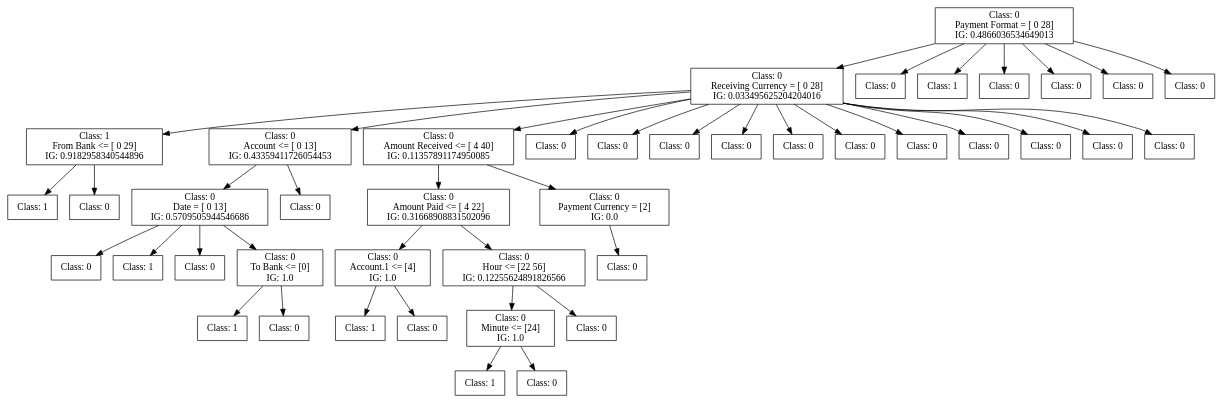
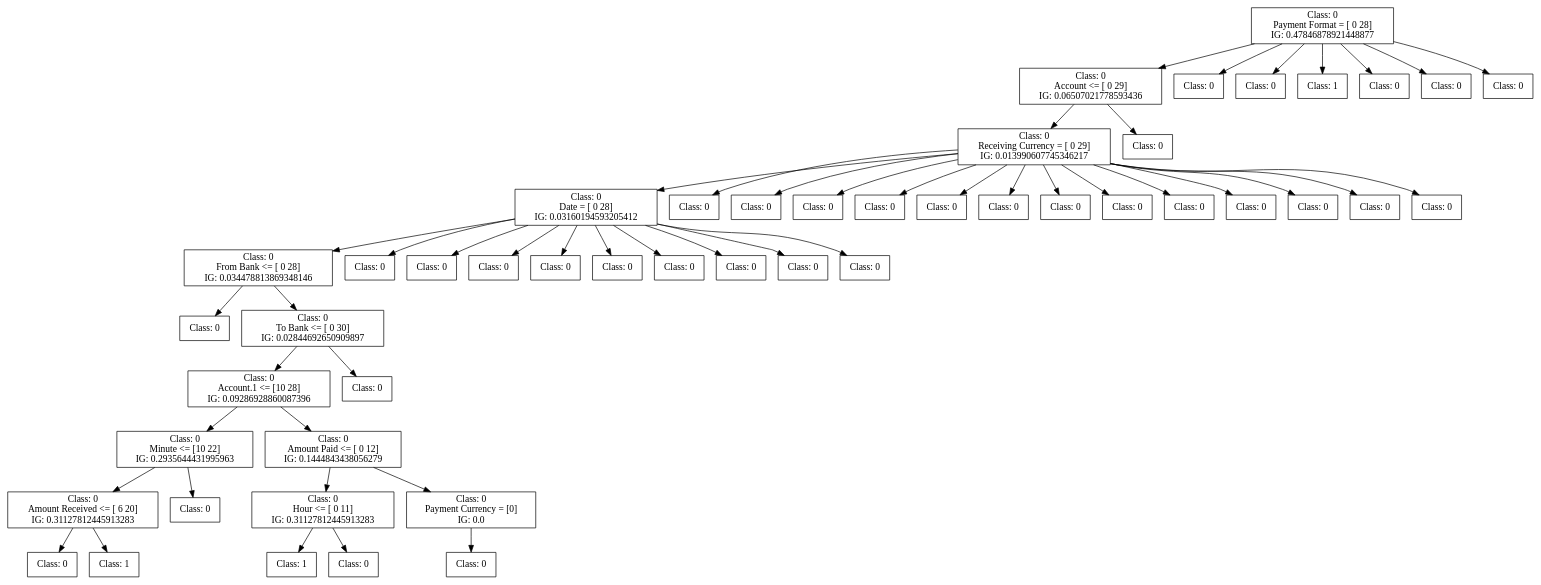
The diagram in dot_figs/tree-id3-undersampling-2.dot (FedericoBruzzone/anti-money-laundering), drawn with Graphviz before and after one commit. The commit also changed 35 other files, not shown here.

```diff
--- a/dot_figs/tree-id3-undersampling-2.dot
+++ b/dot_figs/tree-id3-undersampling-2.dot
@@ -1,144 +1,162 @@
 digraph DecisionTree {
 	rankdir=TD;
 	node [shape=box];
-	2509728683664 [label="Class: 0
+	2532193665808 [label="Class: 0
 Payment Format = [ 0 28]
-IG: 0.4866036534649013"];
-	2512083539120 [label="Class: 0
-Receiving Currency = [ 0 28]
-IG: 0.033495625204204016"];
-	2509728683664 -> 2512083539120;
-	2512083535904 [label="Class: 1
-From Bank <= [ 0 29]
-IG: 0.9182958340544896"];
-	2512083539120 -> 2512083535904;
-	2512083535760 [label="Class: 1
+IG: 0.47846878921448877"];
+	2530969518032 [label="Class: 0
+Account <= [ 0 29]
+IG: 0.06507021778593436"];
+	2532193665808 -> 2530969518032;
+	2530969513184 [label="Class: 0
+Receiving Currency = [ 0 29]
+IG: 0.013990607745346217"];
+	2530969518032 -> 2530969513184;
+	2530969511552 [label="Class: 0
+Date = [ 0 28]
+IG: 0.03160194593205412"];
+	2530969513184 -> 2530969511552;
+	2530969224480 [label="Class: 0
+From Bank <= [ 0 28]
+IG: 0.034478813869348146"];
+	2530969511552 -> 2530969224480;
+	2530969226400 [label="Class: 0
 "];
-	2512083535904 -> 2512083535760;
-	2512083543056 [label="Class: 0
+	2530969224480 -> 2530969226400;
+	2530969226832 [label="Class: 0
+To Bank <= [ 0 30]
+IG: 0.02844692650909897"];
+	2530969224480 -> 2530969226832;
+	2530969227168 [label="Class: 0
+Account.1 <= [10 28]
+IG: 0.09286928860087396"];
+	2530969226832 -> 2530969227168;
+	2530969227888 [label="Class: 0
+Minute <= [10 22]
+IG: 0.2935644431995963"];
+	2530969227168 -> 2530969227888;
+	2530969228608 [label="Class: 0
+Amount Received <= [ 6 20]
+IG: 0.31127812445913283"];
+	2530969227888 -> 2530969228608;
+	2530969229328 [label="Class: 0
 "];
-	2512083535904 -> 2512083543056;
-	2512083540032 [label="Class: 0
-Account <= [ 0 13]
-IG: 0.43359411726054453"];
-	2512083539120 -> 2512083540032;
-	2512083543632 [label="Class: 0
-Date = [ 0 13]
-IG: 0.5709505944546686"];
-	2512083540032 -> 2512083543632;
-	2512083544016 [label="Class: 0
+	2530969228608 -> 2530969229328;
+	2530969229760 [label="Class: 1
 "];
-	2512083543632 -> 2512083544016;
-	2512083545120 [label="Class: 1
+	2530969228608 -> 2530969229760;
+	2530969229040 [label="Class: 0
 "];
-	2512083543632 -> 2512083545120;
-	2512083543440 [label="Class: 0
+	2530969227888 -> 2530969229040;
+	2530969228320 [label="Class: 0
+Amount Paid <= [ 0 12]
+IG: 0.1444843438056279"];
+	2530969227168 -> 2530969228320;
+	2530969230096 [label="Class: 0
+Hour <= [ 0 11]
+IG: 0.31127812445913283"];
+	2530969228320 -> 2530969230096;
+	2530969230816 [label="Class: 1
 "];
-	2512083543632 -> 2512083543440;
-	2512083537584 [label="Class: 0
-To Bank <= [0]
-IG: 1.0"];
-	2512083543632 -> 2512083537584;
-	2512083538016 [label="Class: 1
+	2530969230096 -> 2530969230816;
+	2530969231248 [label="Class: 0
 "];
-	2512083537584 -> 2512083538016;
-	2512083546368 [label="Class: 0
+	2530969230096 -> 2530969231248;
+	2530969230528 [label="Class: 0
+Payment Currency = [0]
+IG: 0.0"];
+	2530969228320 -> 2530969230528;
+	2530969230768 [label="Class: 0
 "];
-	2512083537584 -> 2512083546368;
-	2512083543824 [label="Class: 0
+	2530969230528 -> 2530969230768;
+	2530969227600 [label="Class: 0
 "];
-	2512083540032 -> 2512083543824;
-	2512083536384 [label="Class: 0
-Amount Received <= [ 4 40]
-IG: 0.11357891174950085"];
-	2512083539120 -> 2512083536384;
-	2512083546944 [label="Class: 0
-Amount Paid <= [ 4 22]
-IG: 0.31668908831502096"];
-	2512083536384 -> 2512083546944;
-	2512083547376 [label="Class: 0
-Account.1 <= [4]
-IG: 1.0"];
-	2512083546944 -> 2512083547376;
-	2512083548096 [label="Class: 1
+	2530969226832 -> 2530969227600;
+	2530969224336 [label="Class: 0
 "];
-	2512083547376 -> 2512083548096;
-	2512083548528 [label="Class: 0
+	2530969511552 -> 2530969224336;
+	2530969223616 [label="Class: 0
 "];
-	2512083547376 -> 2512083548528;
-	2512083547808 [label="Class: 0
-Hour <= [22 56]
-IG: 0.12255624891826566"];
-	2512083546944 -> 2512083547808;
-	2512083548816 [label="Class: 0
-Minute <= [24]
-IG: 1.0"];
-	2512083547808 -> 2512083548816;
-	2512083549536 [label="Class: 1
+	2530969511552 -> 2530969223616;
+	2530969223568 [label="Class: 0
 "];
-	2512083548816 -> 2512083549536;
-	2512083549968 [label="Class: 0
+	2530969511552 -> 2530969223568;
+	2530969224000 [label="Class: 0
 "];
-	2512083548816 -> 2512083549968;
-	2512083549248 [label="Class: 0
+	2530969511552 -> 2530969224000;
+	2530969225536 [label="Class: 0
 "];
-	2512083547808 -> 2512083549248;
-	2512083547136 [label="Class: 0
-Payment Currency = [2]
-IG: 0.0"];
-	2512083536384 -> 2512083547136;
-	2512083549488 [label="Class: 0
+	2530969511552 -> 2530969225536;
+	2530969224672 [label="Class: 0
 "];
-	2512083547136 -> 2512083549488;
-	2512083538880 [label="Class: 0
+	2530969511552 -> 2530969224672;
+	2530969224816 [label="Class: 0
 "];
-	2512083539120 -> 2512083538880;
-	2512083541424 [label="Class: 0
+	2530969511552 -> 2530969224816;
+	2530969223472 [label="Class: 0
 "];
-	2512083539120 -> 2512083541424;
-	2512083537680 [label="Class: 0
+	2530969511552 -> 2530969223472;
+	2530969224432 [label="Class: 0
 "];
-	2512083539120 -> 2512083537680;
-	2512083545216 [label="Class: 0
+	2530969511552 -> 2530969224432;
+	2530969506224 [label="Class: 0
 "];
-	2512083539120 -> 2512083545216;
-	2512083539744 [label="Class: 0
+	2530969513184 -> 2530969506224;
+	2530969513904 [label="Class: 0
 "];
-	2512083539120 -> 2512083539744;
-	2512083537200 [label="Class: 0
+	2530969513184 -> 2530969513904;
+	2530969517264 [label="Class: 0
 "];
-	2512083539120 -> 2512083537200;
-	2512083542096 [label="Class: 0
+	2530969513184 -> 2530969517264;
+	2530969516784 [label="Class: 0
 "];
-	2512083539120 -> 2512083542096;
-	2512083537392 [label="Class: 0
+	2530969513184 -> 2530969516784;
+	2530969516880 [label="Class: 0
 "];
-	2512083539120 -> 2512083537392;
-	2512083537728 [label="Class: 0
+	2530969513184 -> 2530969516880;
+	2530969512320 [label="Class: 0
 "];
-	2512083539120 -> 2512083537728;
-	2512083538928 [label="Class: 0
+	2530969513184 -> 2530969512320;
+	2530969515968 [label="Class: 0
 "];
-	2512083539120 -> 2512083538928;
-	2512083539264 [label="Class: 0
+	2530969513184 -> 2530969515968;
+	2530969511840 [label="Class: 0
 "];
-	2512083539120 -> 2512083539264;
-	2512083537488 [label="Class: 0
+	2530969513184 -> 2530969511840;
+	2530969514048 [label="Class: 0
 "];
-	2509728683664 -> 2512083537488;
-	2512083542480 [label="Class: 1
+	2530969513184 -> 2530969514048;
+	2530969224720 [label="Class: 0
 "];
-	2509728683664 -> 2512083542480;
-	2512083541088 [label="Class: 0
+	2530969513184 -> 2530969224720;
+	2530969224144 [label="Class: 0
 "];
-	2509728683664 -> 2512083541088;
-	2512083539312 [label="Class: 0
+	2530969513184 -> 2530969224144;
+	2530969223328 [label="Class: 0
 "];
-	2509728683664 -> 2512083539312;
-	2512083539552 [label="Class: 0
+	2530969513184 -> 2530969223328;
+	2530969223856 [label="Class: 0
 "];
-	2509728683664 -> 2512083539552;
-	2512083540848 [label="Class: 0
+	2530969513184 -> 2530969223856;
+	2530969511456 [label="Class: 0
 "];
-	2509728683664 -> 2512083540848;
+	2530969518032 -> 2530969511456;
+	2530969512656 [label="Class: 0
+"];
+	2532193665808 -> 2530969512656;
+	2530969516928 [label="Class: 0
+"];
+	2532193665808 -> 2530969516928;
+	2530969512464 [label="Class: 1
+"];
+	2532193665808 -> 2530969512464;
+	2530969512416 [label="Class: 0
+"];
+	2532193665808 -> 2530969512416;
+	2530969515344 [label="Class: 0
+"];
+	2532193665808 -> 2530969515344;
+	2530969517552 [label="Class: 0
+"];
+	2532193665808 -> 2530969517552;
 }
```
